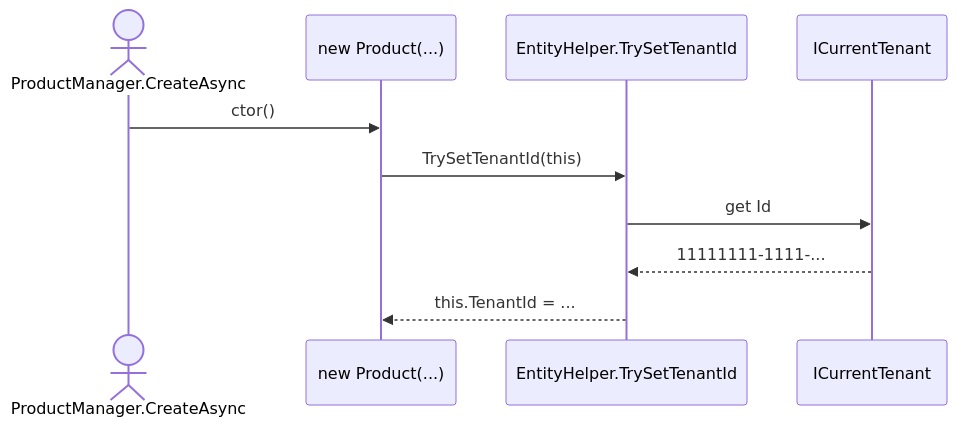
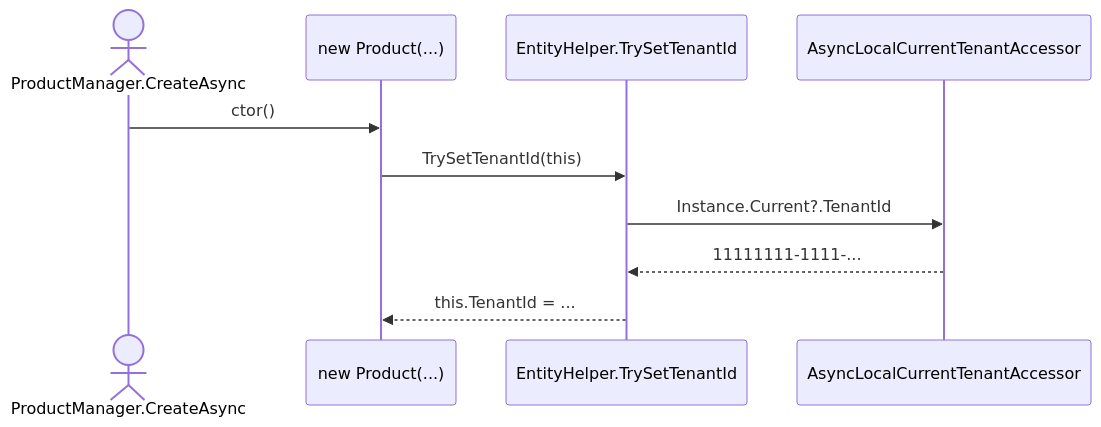
Before and after one commit to mintlify-atlas/docs-wiki-dcd24dc2: the second of 3 diagrams in ddd/entities-and-aggregates.mdx, drawn with Mermaid. The commit also changed other lines of this file and 98 other files, not shown here.

````diff
--- a/ddd/entities-and-aggregates.mdx
+++ b/ddd/entities-and-aggregates.mdx
@@ -208,13 +221,13 @@
 ```mermaid
 sequenceDiagram
     actor Caller as ProductManager.CreateAsync
     participant Ent as new Product(...)
     participant Helper as EntityHelper.TrySetTenantId
-    participant CT as ICurrentTenant
+    participant ALC as AsyncLocalCurrentTenantAccessor
 
     Caller->>Ent: ctor()
     Ent->>Helper: TrySetTenantId(this)
-    Helper->>CT: get Id
-    CT-->>Helper: 11111111-1111-...
+    Helper->>ALC: Instance.Current?.TenantId
+    ALC-->>Helper: 11111111-1111-...
     Helper-->>Ent: this.TenantId = ...
 ```
````
